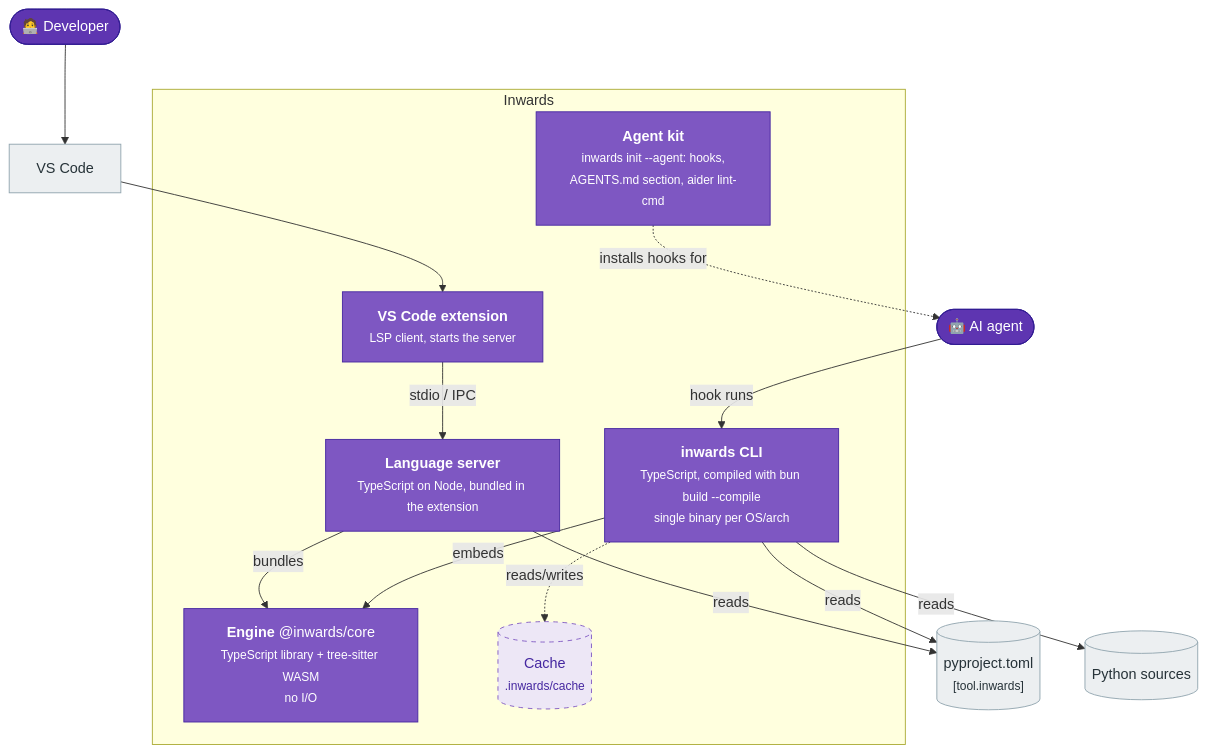
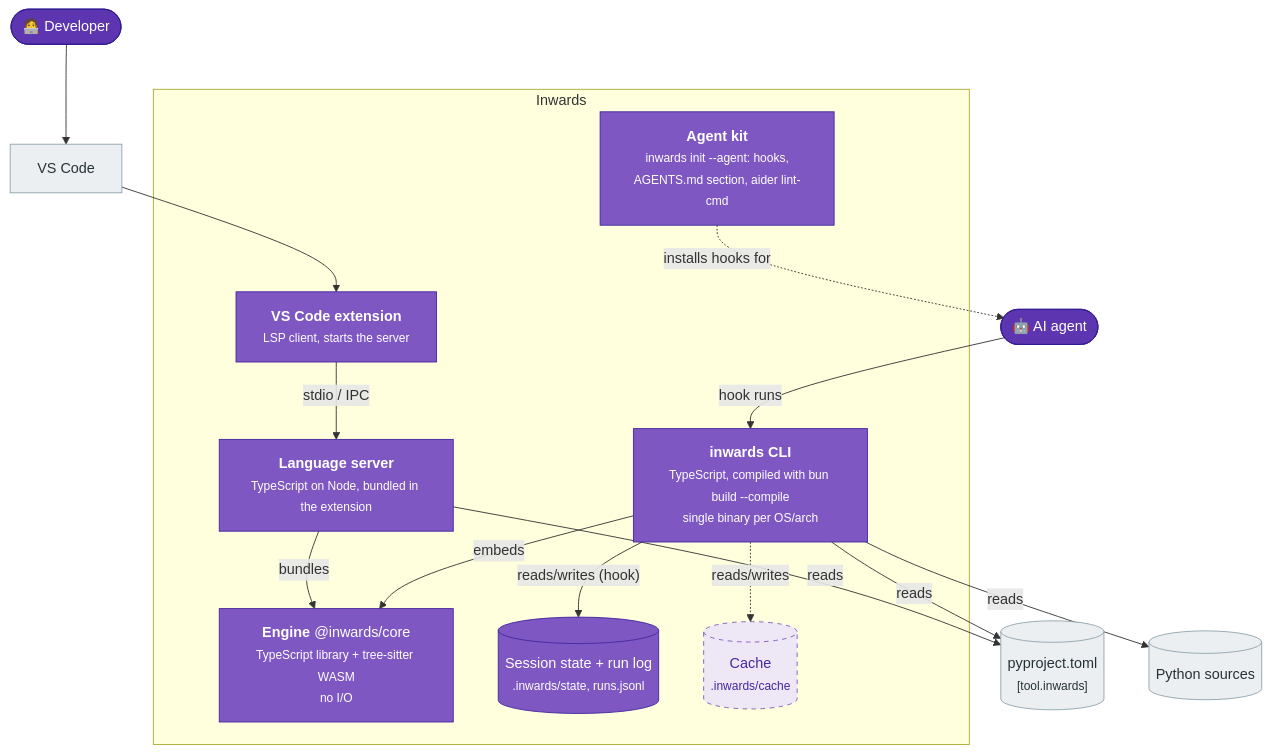
Before and after one commit to SirCypkowskyy/inwards: the second of 6 diagrams in docs/chapters/03-Architecture-C4.md, drawn with Mermaid. The commit also changed other lines of this file and 9 other files, not shown here.

````diff
--- a/docs/chapters/03-Architecture-C4.md
+++ b/docs/chapters/03-Architecture-C4.md
@@ -52,38 +52,40 @@
 ```mermaid
 flowchart TB
     agent(["🤖 AI agent"])
     dev(["🧑‍💻 Developer"])
 
     subgraph dist["Inwards"]
         cli["<b>inwards CLI</b><br/><small>TypeScript, compiled with bun build --compile<br/>single binary per OS/arch</small>"]
         lsp["<b>Language server</b><br/><small>TypeScript on Node, bundled in the extension</small>"]
         ext["<b>VS Code extension</b><br/><small>LSP client, starts the server</small>"]
         core["<b>Engine</b> @inwards/core<br/><small>TypeScript library + tree-sitter WASM<br/>no I/O</small>"]
         hooks["<b>Agent kit</b><br/><small>inwards init --agent: hooks,<br/>AGENTS.md section, aider lint-cmd</small>"]
+        state[("Session state + run log<br/><small>.inwards/state, runs.jsonl</small>")]
         cache[("Cache<br/><small>.inwards/cache</small>")]
     end
 
     config[("pyproject.toml<br/><small>[tool.inwards]</small>")]
     src[("Python sources")]
     vscode["VS Code"]
 
     agent -- "hook runs" --> cli
     hooks -. "installs hooks for" .-> agent
     dev --> vscode --> ext -- "stdio / IPC" --> lsp
     cli -- "embeds" --> core
     lsp -- "bundles" --> core
     cli -- "reads" --> config
     cli -- "reads" --> src
     lsp -- "reads" --> config
+    cli -- "reads/writes (hook)" --> state
     cli -. "reads/writes" .-> cache
 
     classDef person fill:#5e35b1,color:#fff,stroke:#311b92
     classDef container fill:#7e57c2,color:#fff,stroke:#4527a0
     classDef planned fill:#ede7f6,color:#4527a0,stroke:#7e57c2,stroke-dasharray:5 5
     classDef ext fill:#eceff1,color:#263238,stroke:#90a4ae
     class agent,dev person
     class cli,lsp,ext,core container
-    class hooks container
+    class hooks,state container
     class cache planned
     class config,src,vscode ext
 ```
````
